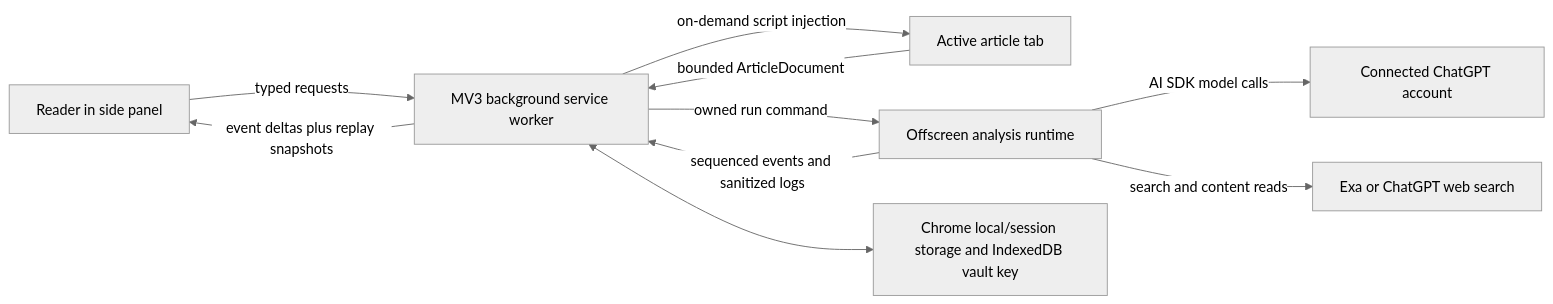
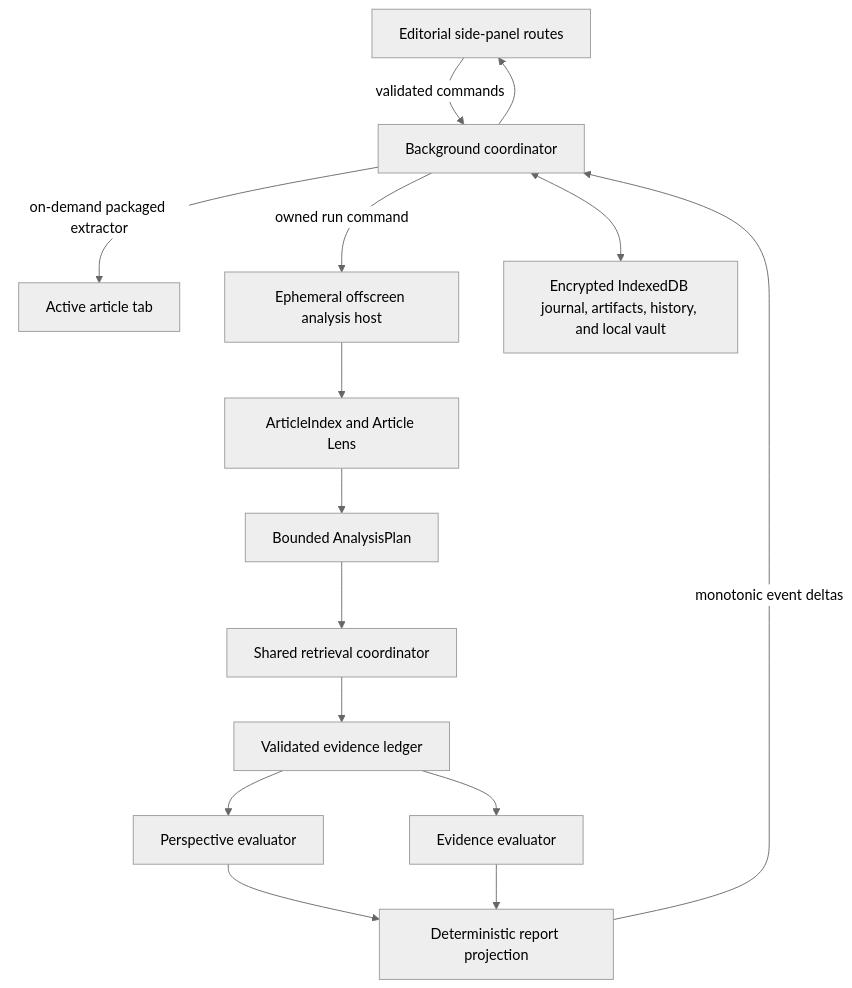
One commit to austinintelligence/perspectica changed the diagram in docs/architecture.md. Above: the diagram before and after it, drawn with Mermaid (neutral theme). The commit also changed other lines of this file and 86 other files, not shown here.

````diff
--- a/docs/architecture.md
+++ b/docs/architecture.md
@@ -10,12 +9,17 @@
 ```mermaid
-flowchart LR
-  Reader["Reader in side panel"] -->|typed requests| SW["MV3 background service worker"]
-  SW -->|on-demand script injection| Page["Active article tab"]
-  Page -->|bounded ArticleDocument| SW
-  SW -->|owned run command| Offscreen["Offscreen analysis runtime"]
-  Offscreen -->|AI SDK model calls| ChatGPT["Connected ChatGPT account"]
-  Offscreen -->|search and content reads| Search["Exa or ChatGPT web search"]
-  Offscreen -->|sequenced events and sanitized logs| SW
-  SW -->|event deltas plus replay snapshots| Reader
-  SW <--> Local["Chrome local/session storage and IndexedDB vault key"]
+flowchart TD
+  UI["Editorial side-panel routes"] -->|validated commands| BG["Background coordinator"]
+  BG -->|on-demand packaged extractor| TAB["Active article tab"]
+  BG -->|owned run command| OFF["Ephemeral offscreen analysis host"]
+  OFF --> IDX["ArticleIndex and Article Lens"]
+  IDX --> PLAN["Bounded AnalysisPlan"]
+  PLAN --> RET["Shared retrieval coordinator"]
+  RET --> LEDGER["Validated evidence ledger"]
+  LEDGER --> PERSPECTIVE["Perspective evaluator"]
+  LEDGER --> EVIDENCE["Evidence evaluator"]
+  PERSPECTIVE --> PROJECT["Deterministic report projection"]
+  EVIDENCE --> PROJECT
+  PROJECT -->|monotonic event deltas| BG
+  BG --> UI
+  BG <--> STORE["Encrypted IndexedDB journal, artifacts, history, and local vault"]
 ```
````
